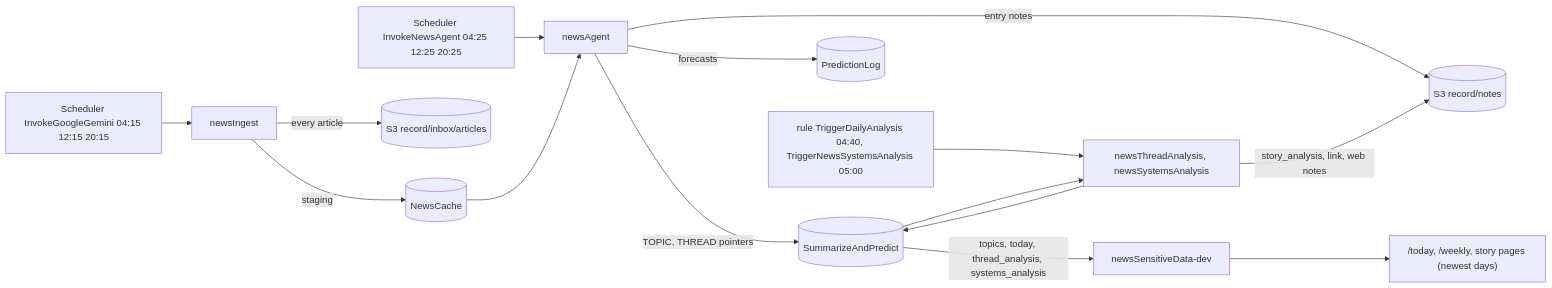
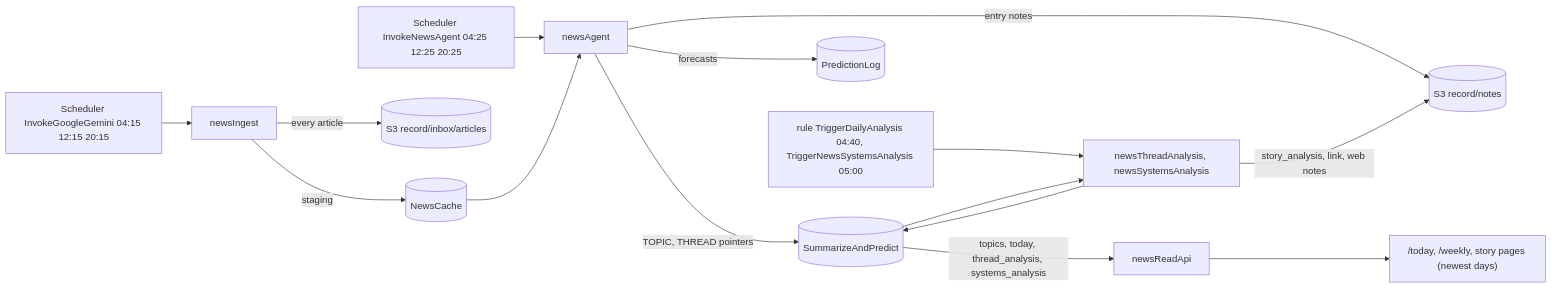
The third of 7 diagrams in project-docs/architecture/ARCHITECTURE.md (BenBen05059997/globalPerspective-v1), drawn with Mermaid before and after one commit. The commit also changed other lines of this file and 4 other files, not shown here.

First line of the commit message:
Rename deployed read API Lambda to newsReadApi (API Gateway /proxy repointed 2026-11-04; env cut to the 8 keys the code reads; old newsSensitiveData-dev kept for rollback)

````diff
--- a/project-docs/architecture/ARCHITECTURE.md
+++ b/project-docs/architecture/ARCHITECTURE.md
@@ -144,17 +144,17 @@
 ```mermaid
 flowchart LR
   s1[Scheduler InvokeGoogleGemini 04:15 12:15 20:15] --> a[newsIngest]
   a -->|staging| nc[(NewsCache)]
   a -->|every article| ib[(S3 record/inbox/articles)]
   s2[Scheduler InvokeNewsAgent 04:25 12:25 20:25] --> b[newsAgent]
   nc --> b
   b -->|TOPIC, THREAD pointers| sp[(SummarizeAndPredict)]
   b -->|forecasts| pl[(PredictionLog)]
   b -->|entry notes| nt[(S3 record/notes)]
   s3[rule TriggerDailyAnalysis 04:40, TriggerNewsSystemsAnalysis 05:00] --> c[newsThreadAnalysis, newsSystemsAnalysis]
   sp --> c
   c --> sp
   c -->|story_analysis, link, web notes| nt
-  sp -->|topics, today, thread_analysis, systems_analysis| px[newsSensitiveData-dev]
+  sp -->|topics, today, thread_analysis, systems_analysis| px[newsReadApi]
   px --> pg["/today, /weekly, story pages (newest days)"]
 ```
````
